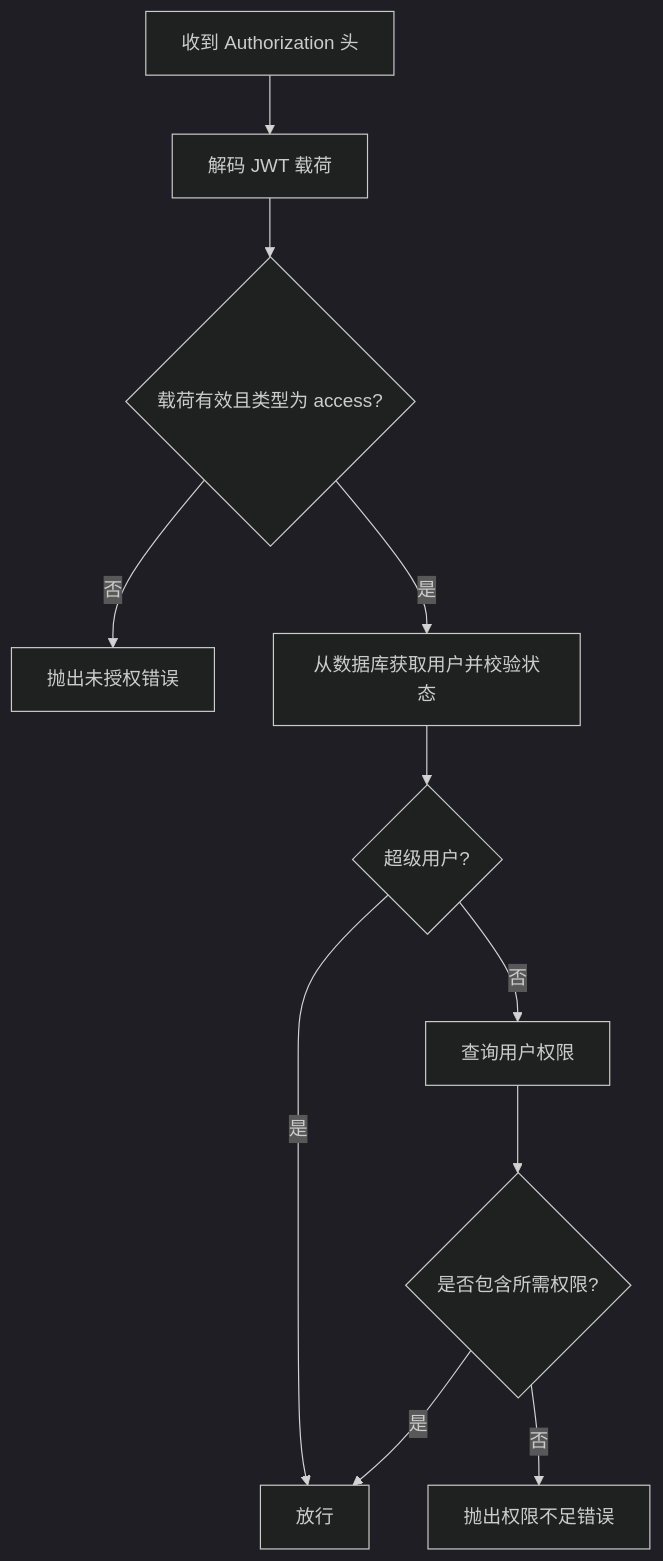
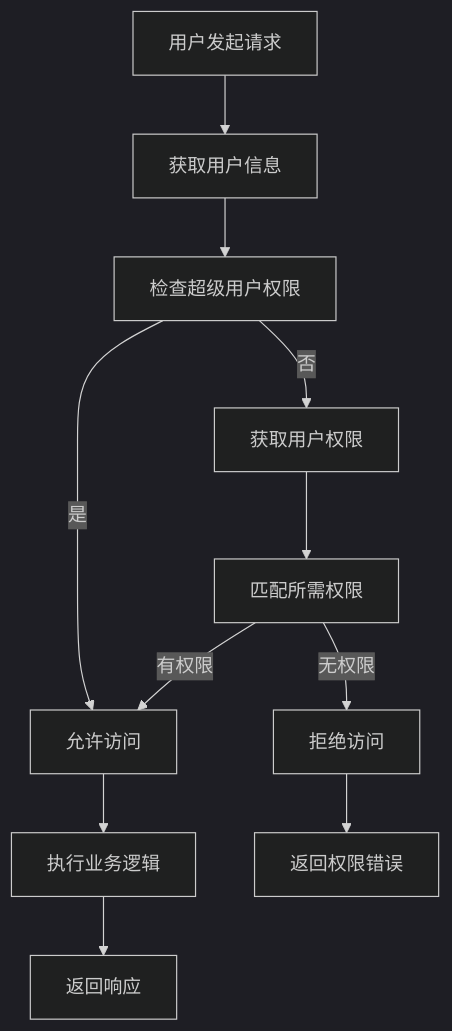
One commit to taoweidong/Hello-FastApi changed the tenth of 12 diagrams in .qoder/repowiki/zh/content/测试策略/集成测试.md. Above: the diagram before and after it, drawn with Mermaid (dark theme). The commit also changed other lines of this file and 61 other files, not shown here.

````diff
--- a/.qoder/repowiki/zh/content/测试策略/集成测试.md
+++ b/.qoder/repowiki/zh/content/测试策略/集成测试.md
@@ -267,13 +370,13 @@
 ```mermaid
 flowchart TD
-A["收到 Authorization 头"] --> B["解码 JWT 载荷"]
-B --> C{"载荷有效且类型为 access?"}
-C -- 否 --> E["抛出未授权错误"]
-C -- 是 --> D["从数据库获取用户并校验状态"]
-D --> F{"超级用户?"}
-F -- 是 --> G["放行"]
-F -- 否 --> H["查询用户权限"]
-H --> I{"是否包含所需权限?"}
-I -- 否 --> J["抛出权限不足错误"]
-I -- 是 --> G
+A[用户发起请求] --> B[获取用户信息]
+B --> C[检查超级用户权限]
+C --> |是| D[允许访问]
+C --> |否| E[获取用户权限]
+E --> F[匹配所需权限]
+F --> |有权限| D
+F --> |无权限| G[拒绝访问]
+D --> H[执行业务逻辑]
+H --> I[返回响应]
+G --> J[返回权限错误]
 ```
````
